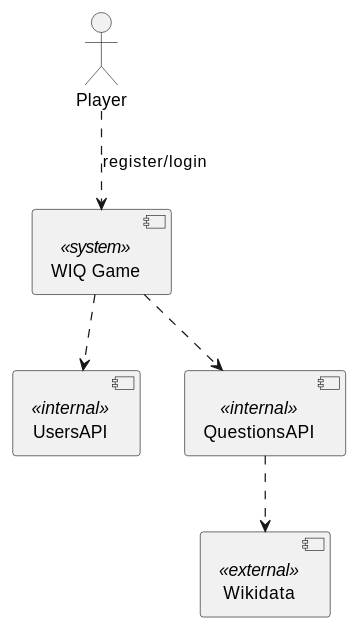
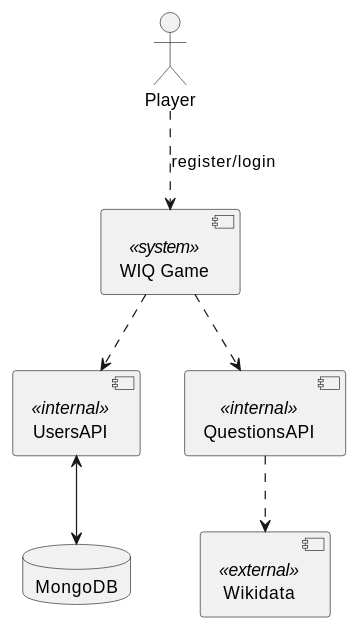
Before and after one commit to Arquisoft/wiq_en1a: the diagram in docs/src/03_system_scope_and_context.adoc, drawn with PlantUML. The commit also changed other lines of this file, not shown here.

Commit message:
Included MongoDB in business context linking it with UsersAPI

```diff
--- a/docs/src/03_system_scope_and_context.adoc
+++ b/docs/src/03_system_scope_and_context.adoc
@@ -56,13 +56,15 @@
 [plantuml,"Context Diagram",png]
 ----
 actor Player
 [Wikidata] <<external>>
+database MongoDB
 
 [WIQ Game] <<system>>
 [UsersAPI] <<internal>>
 [QuestionsAPI] <<internal>>
 Player ..> (WIQ Game) : register/login
 [QuestionsAPI] ..> Wikidata
 [WIQ Game] ..> UsersAPI
 [WIQ Game] ..> QuestionsAPI
+[UsersAPI] <--> MongoDB
 ----
```
